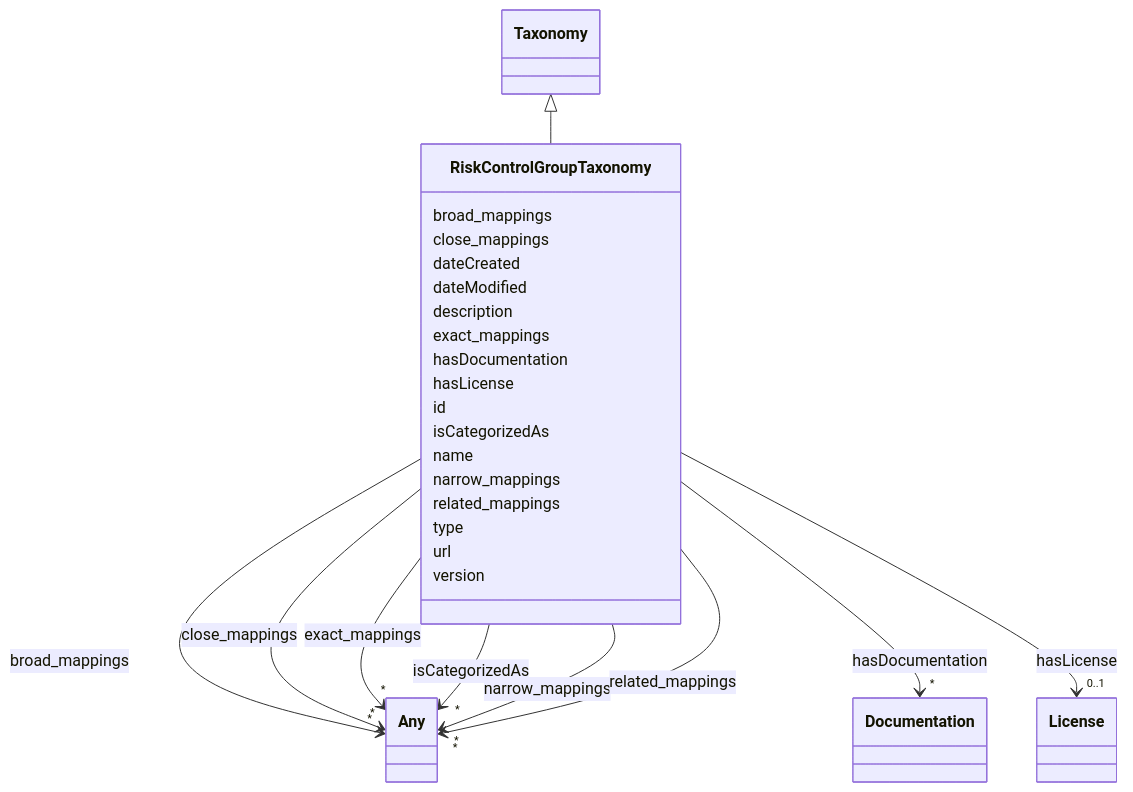
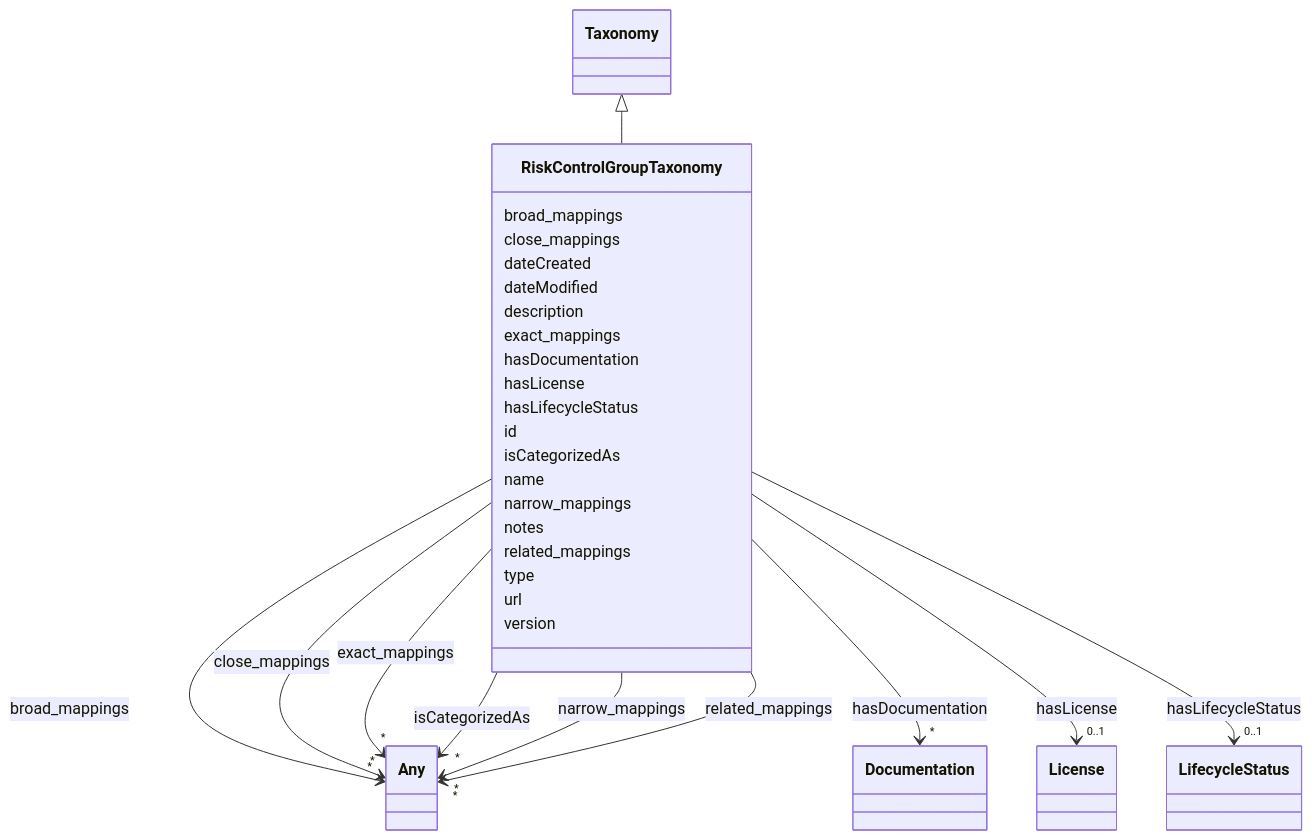
One commit to ingelise/risk-atlas-nexus changed the diagram in docs/ontology/RiskControlGroupTaxonomy.md. Above: the diagram before and after it, drawn with Mermaid. The commit also changed other lines of this file and 190 other files, not shown here.

```diff
--- a/docs/ontology/RiskControlGroupTaxonomy.md
+++ b/docs/ontology/RiskControlGroupTaxonomy.md
@@ -79,6 +79,17 @@
 
 
 
+      RiskControlGroupTaxonomy : hasLifecycleStatus
+
+
+
+
+
+        RiskControlGroupTaxonomy --> "0..1" LifecycleStatus : hasLifecycleStatus
+        click LifecycleStatus href "../LifecycleStatus/"
+
+
+
       RiskControlGroupTaxonomy : id
 
       RiskControlGroupTaxonomy : isCategorizedAs
@@ -105,6 +116,8 @@
 
 
 
+      RiskControlGroupTaxonomy : notes
+
       RiskControlGroupTaxonomy : related_mappings
 
 
```
